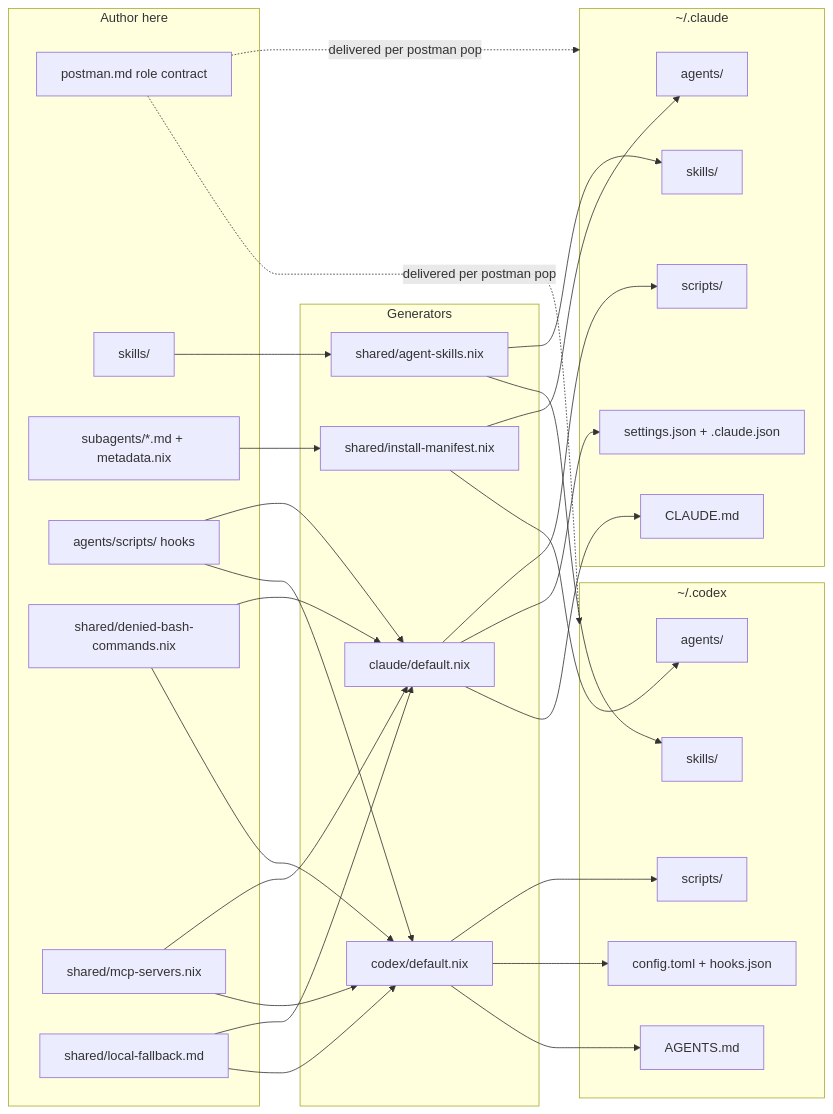
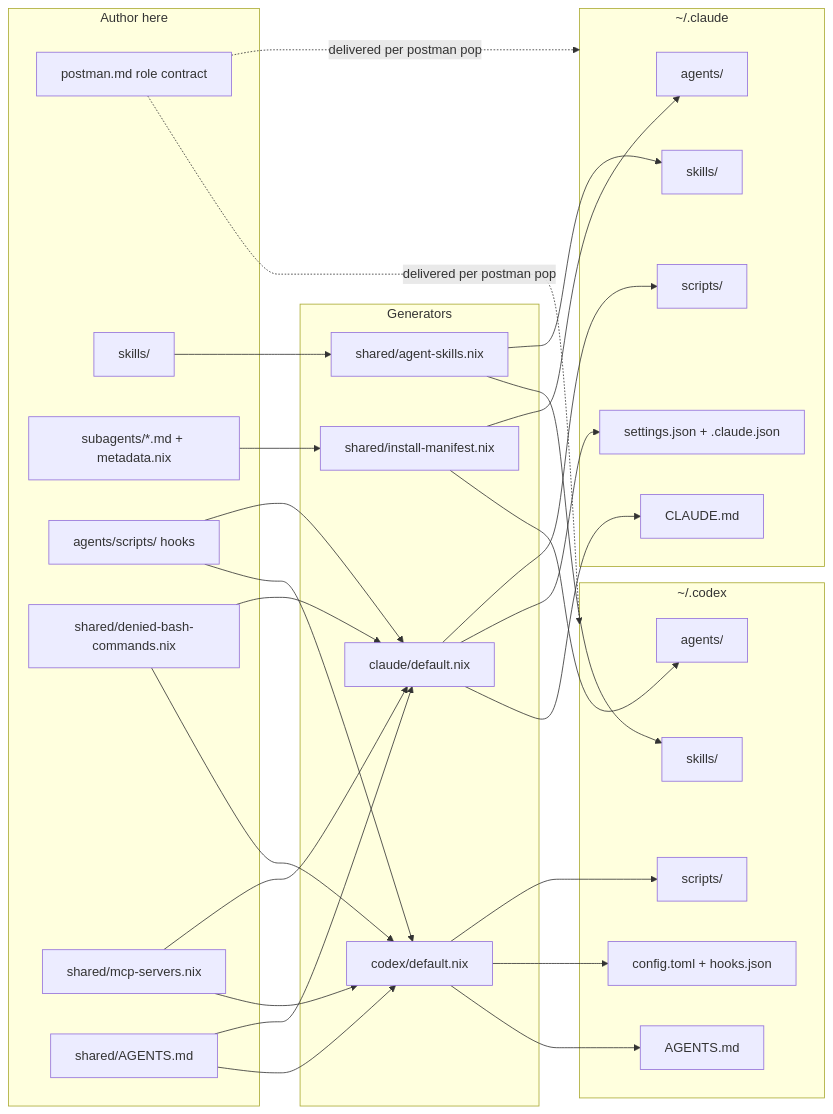
One commit to i9wa4/dotfiles changed the diagram in nix/home-manager/agents/README.md. Above: the diagram before and after it, drawn with Mermaid. The commit also changed other lines of this file and 7 other files, not shown here.

````diff
--- a/nix/home-manager/agents/README.md
+++ b/nix/home-manager/agents/README.md
@@ -36,46 +36,46 @@
 ```mermaid
 graph LR
     subgraph sources [Author here]
         P[postman.md role contract]
         S[skills/]
         A[subagents/*.md + metadata.nix]
         H[agents/scripts/ hooks]
         D[shared/denied-bash-commands.nix]
         M[shared/mcp-servers.nix]
-        L[shared/local-fallback.md]
+        L[shared/AGENTS.md]
     end
     subgraph emitters [Generators]
         IM[shared/install-manifest.nix]
         AS[shared/agent-skills.nix]
         C[claude/default.nix]
         X[codex/default.nix]
     end
     subgraph claude [~/.claude]
         CA[agents/]
         CS[skills/]
         CJ[settings.json + .claude.json]
         CH[scripts/]
         CF[CLAUDE.md]
     end
     subgraph codex [~/.codex]
         XA[agents/]
         XS[skills/]
         XT[config.toml + hooks.json]
         XH[scripts/]
         XF[AGENTS.md]
     end
     A --> IM --> CA
     IM --> XA
     S --> AS --> CS
     AS --> XS
     H --> C --> CH
     H --> X --> XH
     D --> C --> CJ
     D --> X --> XT
     M --> C
     M --> X
     L --> C --> CF
     L --> X --> XF
     P -. delivered per postman pop .-> claude
     P -. delivered per postman pop .-> codex
 ```
````
